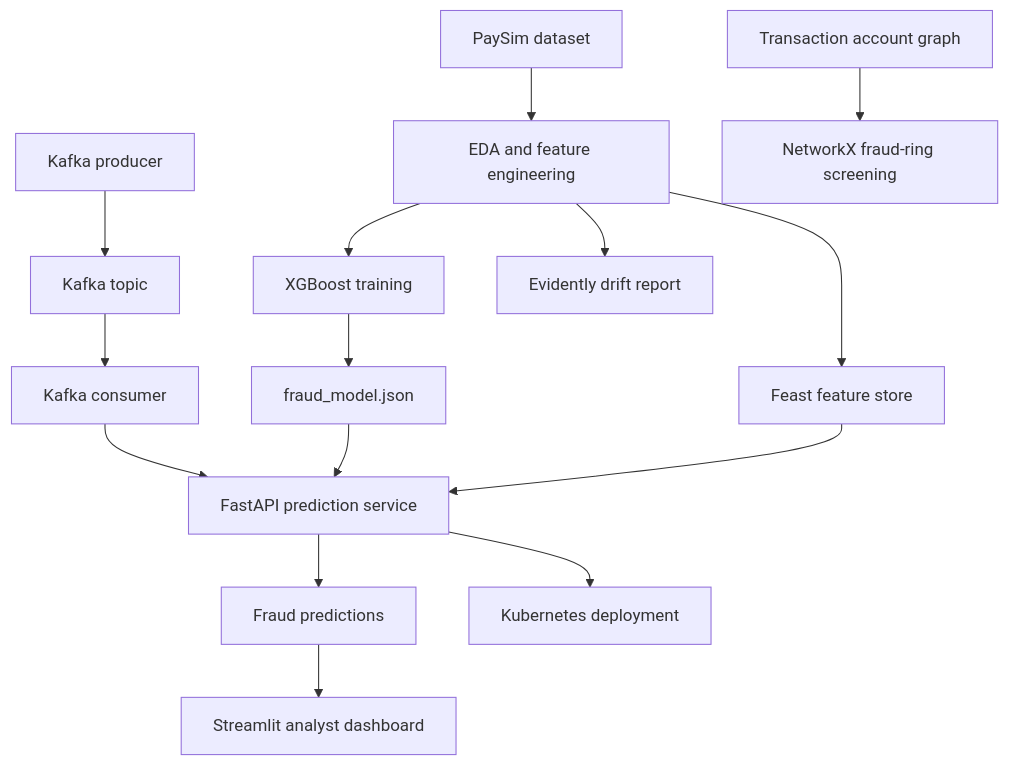
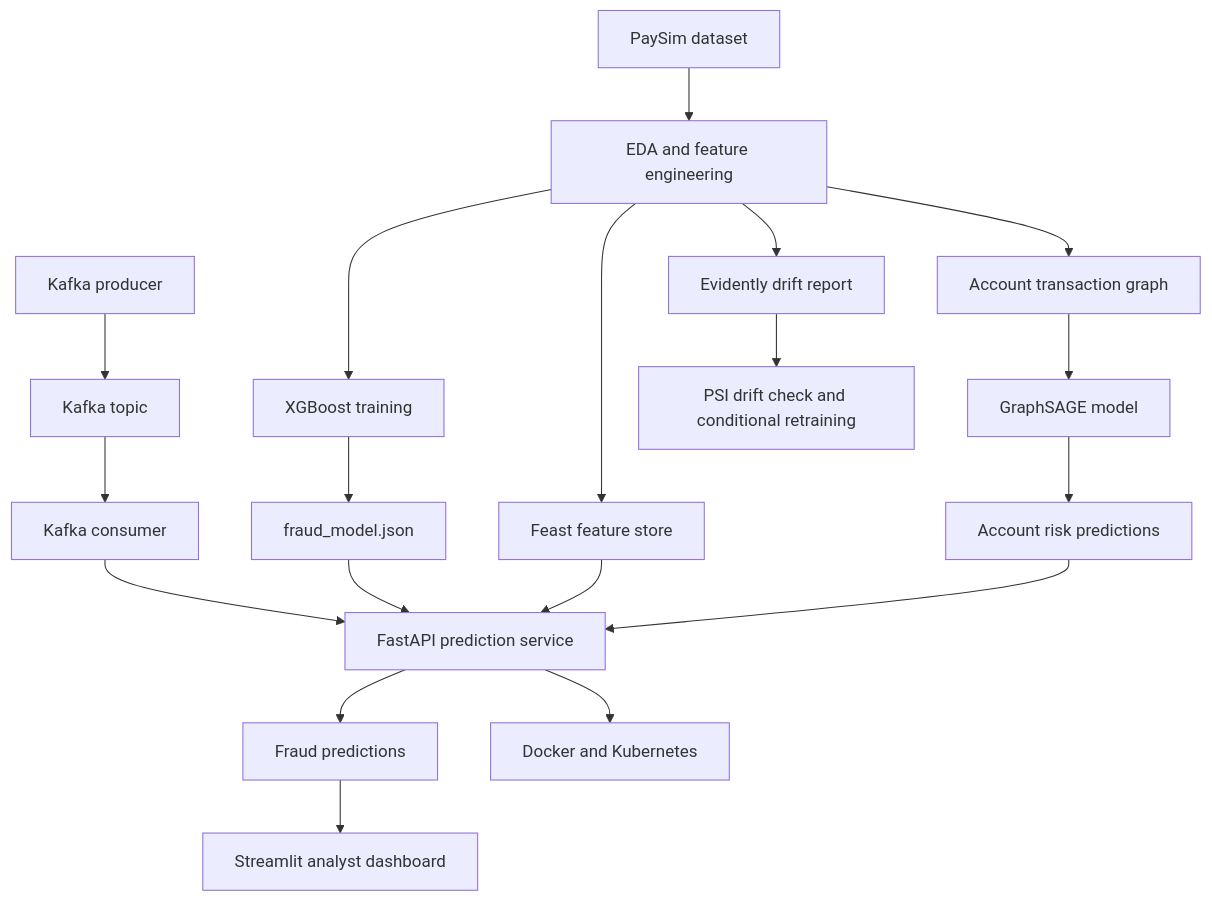
The diagram in README.md (Vairavandinesh/real-time-fraud-detection), drawn with Mermaid before and after one commit. The commit also changed 11 other files, not shown here.

````diff
--- a/README.md
+++ b/README.md
@@ -11,17 +11,21 @@
 ```mermaid
 flowchart TD
     A[PaySim dataset] --> B[EDA and feature engineering]
     B --> C[XGBoost training]
     C --> D[fraud_model.json]
     B --> E[Feast feature store]
-    F[Kafka producer] --> G[Kafka topic]
-    G --> H[Kafka consumer]
-    H --> I[FastAPI prediction service]
-    D --> I
-    E --> I
-    I --> J[Fraud predictions]
-    J --> K[Streamlit analyst dashboard]
-    B --> L[Evidently drift report]
-    M[Transaction account graph] --> N[NetworkX fraud-ring screening]
-    I --> O[Kubernetes deployment]
+    B --> F[Account transaction graph]
+    F --> G[GraphSAGE model]
+    G --> H[Account risk predictions]
+    I[Kafka producer] --> J[Kafka topic]
+    J --> K[Kafka consumer]
+    K --> L[FastAPI prediction service]
+    D --> L
+    E --> L
+    H --> L
+    L --> M[Fraud predictions]
+    M --> N[Streamlit analyst dashboard]
+    B --> O[Evidently drift report]
+    O --> P[PSI drift check and conditional retraining]
+    L --> Q[Docker and Kubernetes]
 ```
````
